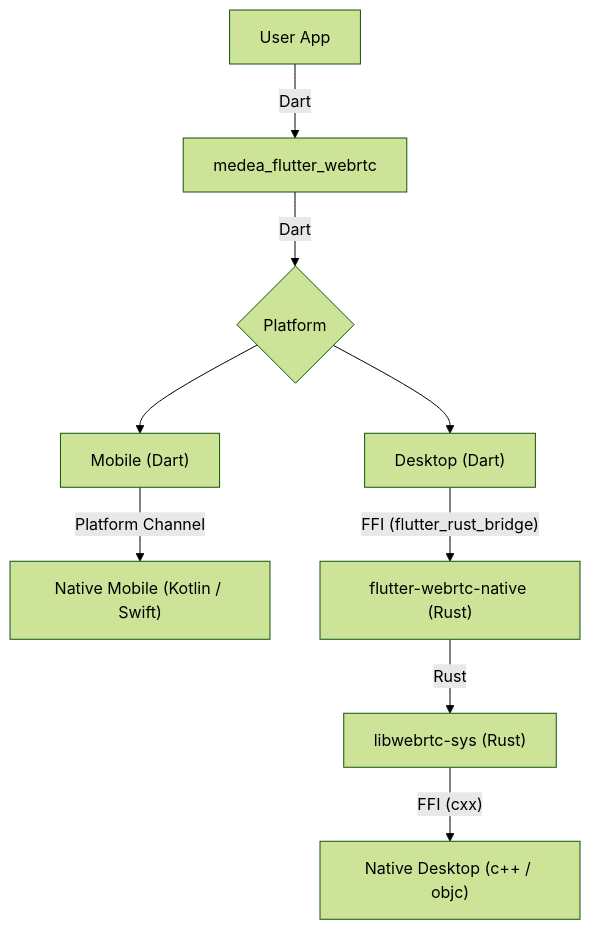
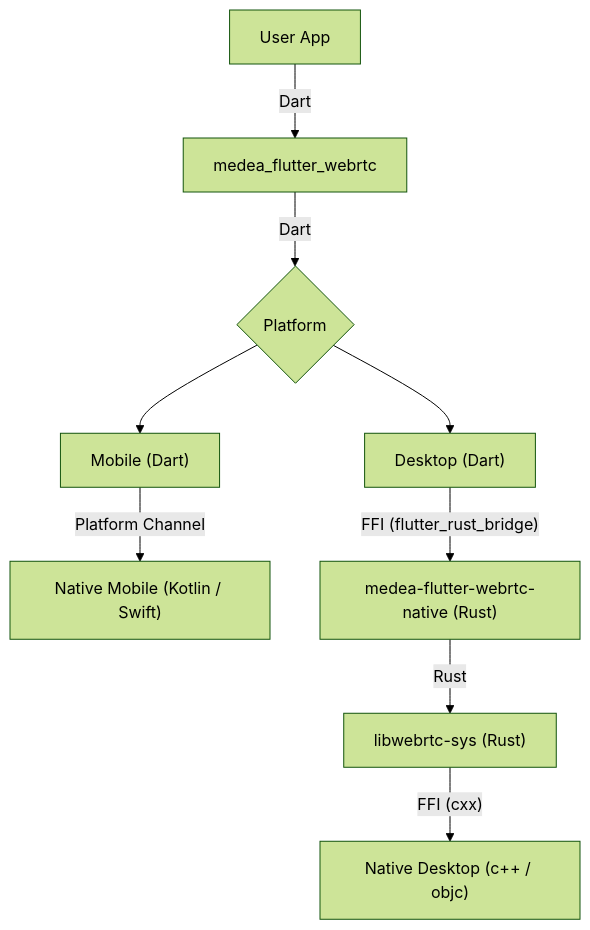
One commit to flutter-webrtc/flutter-webrtc changed the diagram in README.md. Above: the diagram before and after it, drawn with Mermaid (forest theme). The commit also changed other lines of this file and 16 other files, not shown here.

Commit message:
Rename repository to `medea-flutter-webrtc` and native crate to `medea-flutter-webrtc-native`

````diff
--- a/README.md
+++ b/README.md
@@ -30,10 +30,10 @@
 ```mermaid
 flowchart TD
     A[User App] -->|Dart| B[medea_flutter_webrtc] -->|Dart| C{Platform}
         C --> D["Mobile (Dart)"]
             D -->|Platform Channel| F["Native Mobile (Kotlin / Swift)"]
         C --> E["Desktop (Dart)"]
-            E -->|"FFI (flutter_rust_bridge)"| G["flutter-webrtc-native (Rust) "]
+            E -->|"FFI (flutter_rust_bridge)"| G["medea-flutter-webrtc-native (Rust) "]
                 G -->|Rust| H["libwebrtc-sys (Rust)"]
                     H -->|"FFI (cxx)"| I["Native Desktop (c++ / objc)"]
 ```
````
